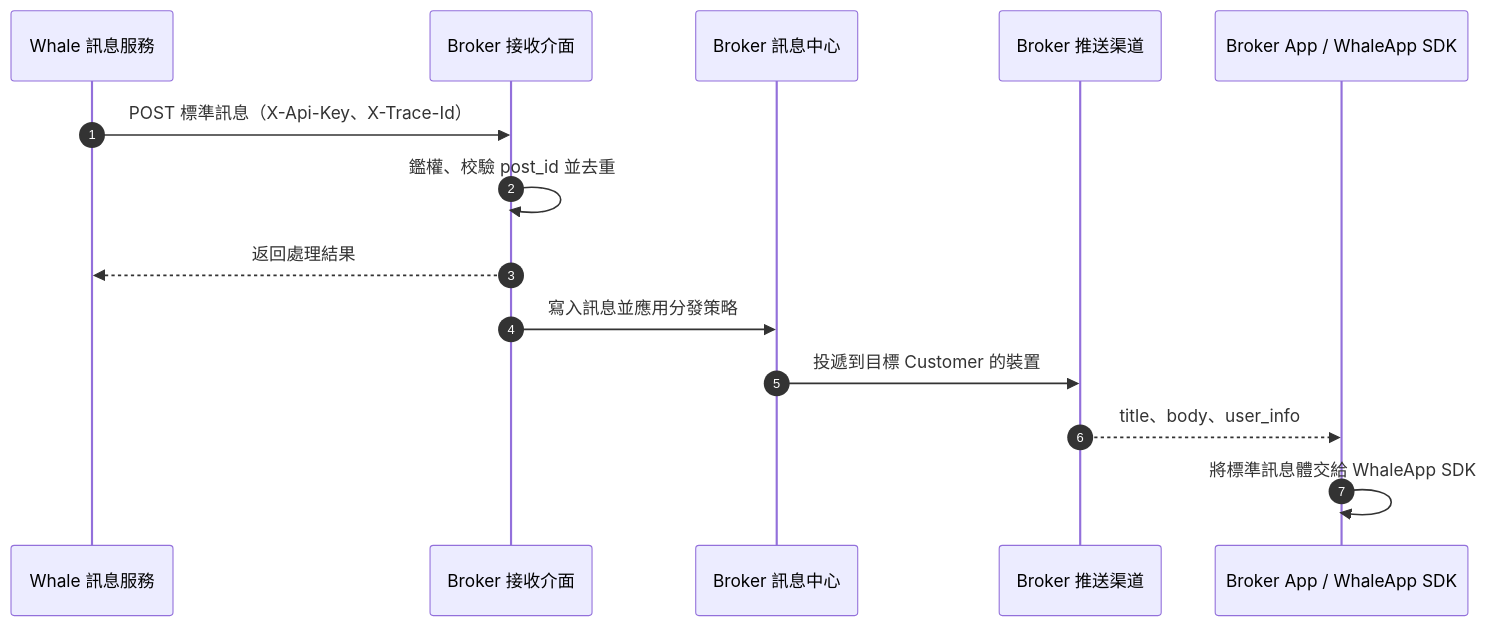
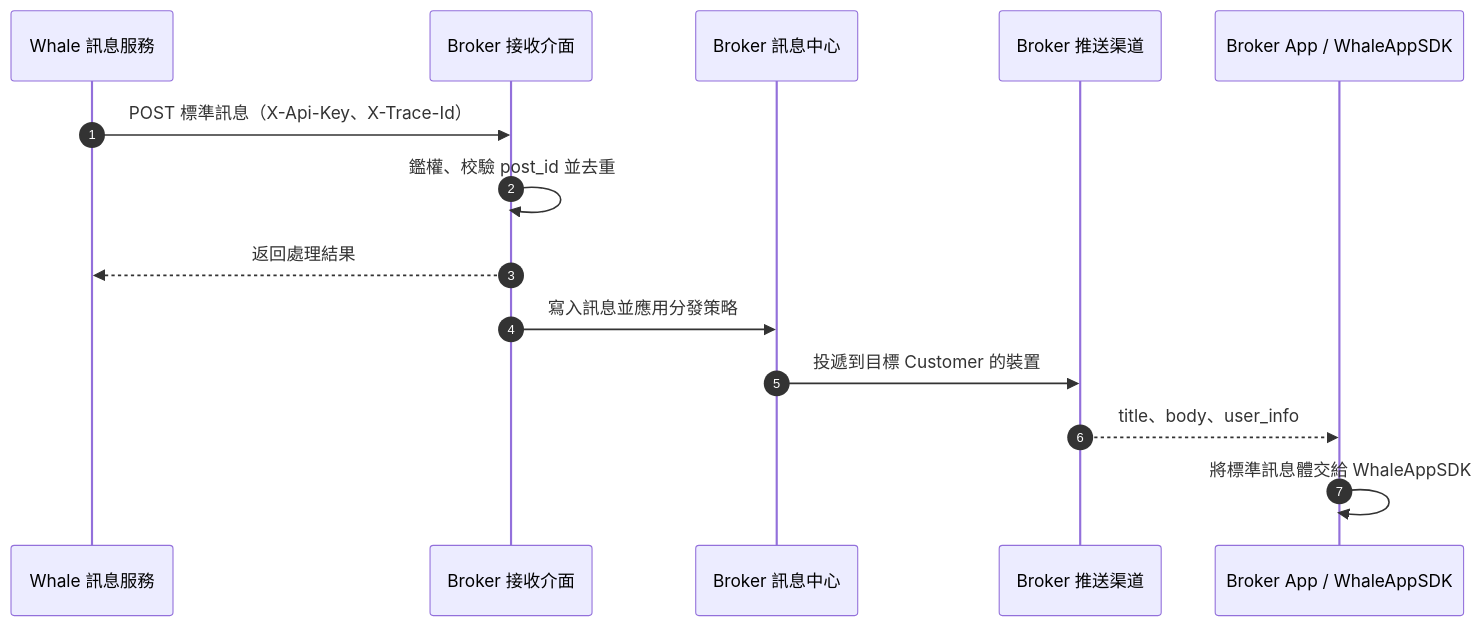
The second of 2 diagrams in docs/zh-HK/docs/message-push.mdx (longbridge/whale-docs), drawn with Mermaid before and after one commit. The commit also changed other lines of this file and 120 other files, not shown here.

````diff
--- a/docs/zh-HK/docs/message-push.mdx
+++ b/docs/zh-HK/docs/message-push.mdx
@@ -92,17 +92,17 @@
 ```mermaid
 sequenceDiagram
     autonumber
     participant Whale as Whale 訊息服務
     participant Endpoint as Broker 接收介面
     participant Center as Broker 訊息中心
     participant Channel as Broker 推送渠道
-    participant App as Broker App / WhaleApp SDK
+    participant App as Broker App / WhaleAppSDK
 
     Whale->>Endpoint: POST 標準訊息（X-Api-Key、X-Trace-Id）
     Endpoint->>Endpoint: 鑑權、校驗 post_id 並去重
     Endpoint-->>Whale: 返回處理結果
     Endpoint->>Center: 寫入訊息並應用分發策略
     Center->>Channel: 投遞到目標 Customer 的裝置
     Channel-->>App: title、body、user_info
-    App->>App: 將標準訊息體交給 WhaleApp SDK
+    App->>App: 將標準訊息體交給 WhaleAppSDK
 ```
````
